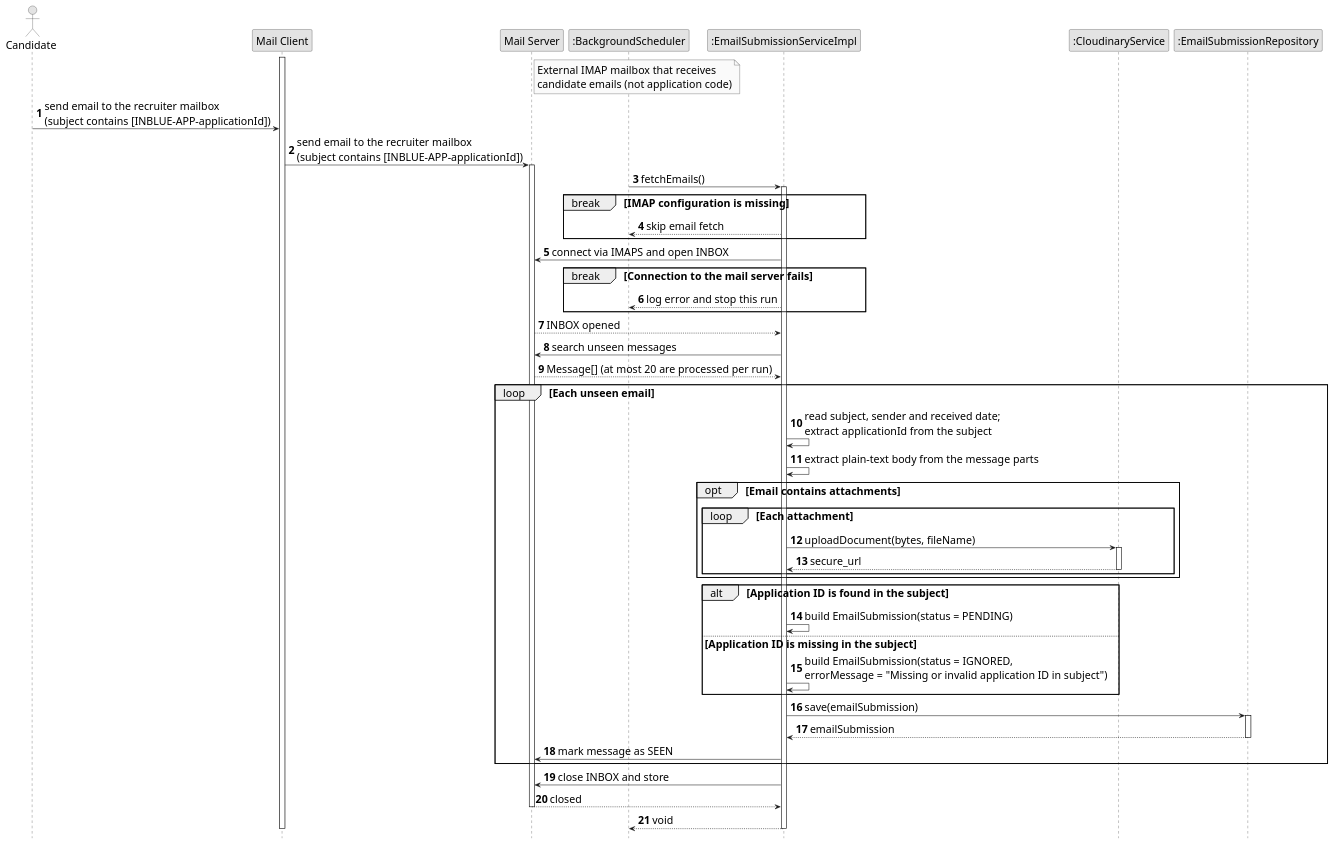
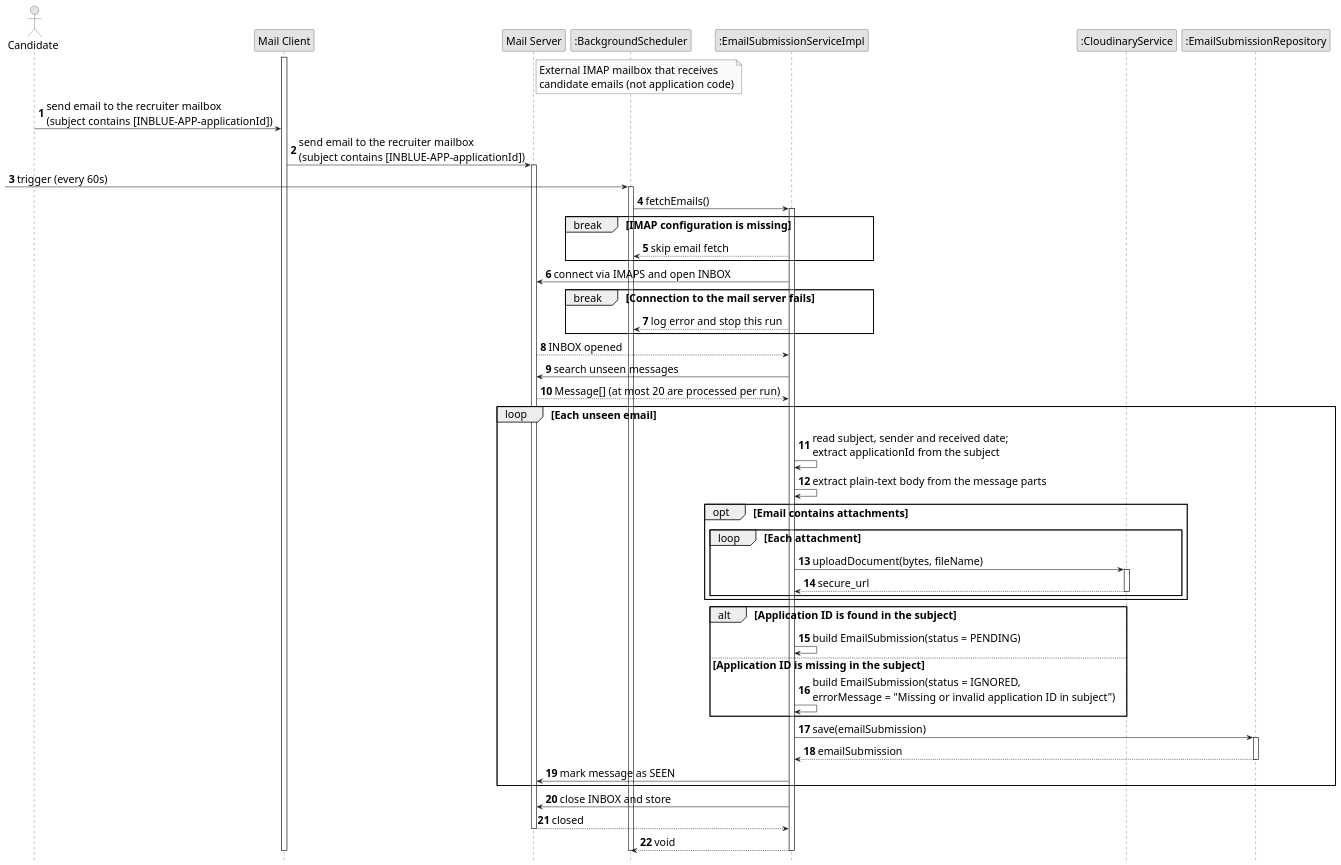
Before and after one commit to Kdz198/Inblue: the diagram in diagram/sequence/sequence-3.4.2.3(1).puml, drawn with PlantUML. The commit also changed 7 other files, not shown here.

Commit message:
feat: rename "Candidate / Mentor" to "User" in sequence diagrams for clarity

```diff
--- a/diagram/sequence/sequence-3.4.2.3(1).puml
+++ b/diagram/sequence/sequence-3.4.2.3(1).puml
@@ -1,97 +1,102 @@
 @startuml SendAndFetchCandidateEmail
 skinparam monochrome true
 skinparam shadowing false
 skinparam defaultFontSize 20
 
 ' Do not repeat participant boxes at the bottom of the diagram
 hide footbox
 
 <style>
 sequenceDiagram {
   groupHeader {
     FontStyle plain
   }
 }
 </style>
 
 autonumber
 
 actor "Candidate" as Candidate
 participant "Mail Client" as Client
 participant "Mail Server" as MailServer
 participant ":BackgroundScheduler" as Scheduler
 participant ":EmailSubmissionServiceImpl" as EmailService
 participant ":CloudinaryService" as Cloudinary
 participant ":EmailSubmissionRepository" as EmailRepo
 
 note right of MailServer
   External IMAP mailbox that receives
   candidate emails (not application code)
 end note
 
 ' ===================== Candidate sends the email from own mail client =====================
 
 activate Client
 
 Candidate -> Client : send email to the recruiter mailbox\n(subject contains [INBLUE-APP-applicationId])
 Client -> MailServer : send email to the recruiter mailbox\n(subject contains [INBLUE-APP-applicationId])
 activate MailServer
 
 ' ===================== Fetch new emails from the inbox (every 60 seconds) =====================
+
+' Scheduler thức dậy theo lịch chạy ngầm
+[-> Scheduler : trigger (every 60s)
+activate Scheduler
 
 Scheduler -> EmailService : fetchEmails()
 activate EmailService
 
 break IMAP configuration is missing
     EmailService --> Scheduler : skip email fetch
 end
 
 EmailService -> MailServer : connect via IMAPS and open INBOX
 
 break Connection to the mail server fails
     EmailService --> Scheduler : log error and stop this run
 end
 
 MailServer --> EmailService : INBOX opened
 
 EmailService -> MailServer : search unseen messages
 MailServer --> EmailService : Message[] (at most 20 are processed per run)
 
 loop Each unseen email
     EmailService -> EmailService : read subject, sender and received date;\nextract applicationId from the subject
 
     EmailService -> EmailService : extract plain-text body from the message parts
 
     opt Email contains attachments
         loop Each attachment
             EmailService -> Cloudinary : uploadDocument(bytes, fileName)
             activate Cloudinary
             Cloudinary --> EmailService : secure_url
             deactivate Cloudinary
         end
     end
 
     alt Application ID is found in the subject
         EmailService -> EmailService : build EmailSubmission(status = PENDING)
     else Application ID is missing in the subject
         EmailService -> EmailService : build EmailSubmission(status = IGNORED,\nerrorMessage = "Missing or invalid application ID in subject")
     end
 
     EmailService -> EmailRepo : save(emailSubmission)
     activate EmailRepo
     EmailRepo --> EmailService : emailSubmission
     deactivate EmailRepo
 
     EmailService -> MailServer : mark message as SEEN
 end
 
 EmailService -> MailServer : close INBOX and store
 MailServer --> EmailService : closed
 deactivate MailServer
 
 EmailService --> Scheduler : void
 deactivate EmailService
+deactivate Scheduler
 
 deactivate Client
 
 @enduml
```
